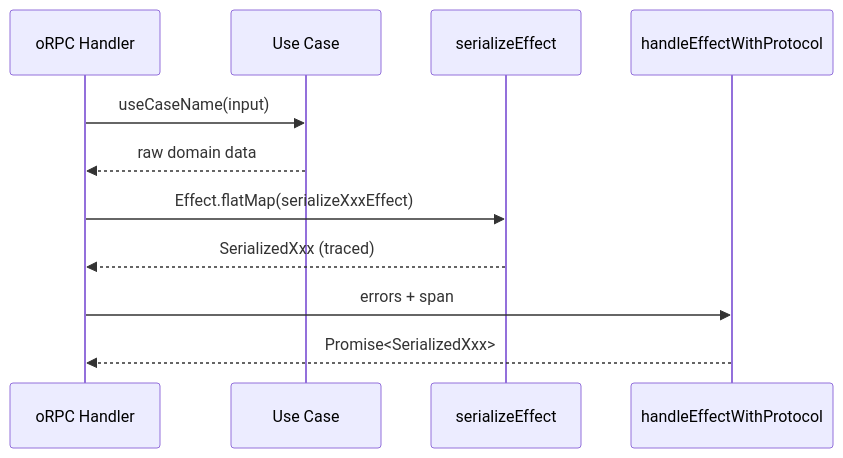
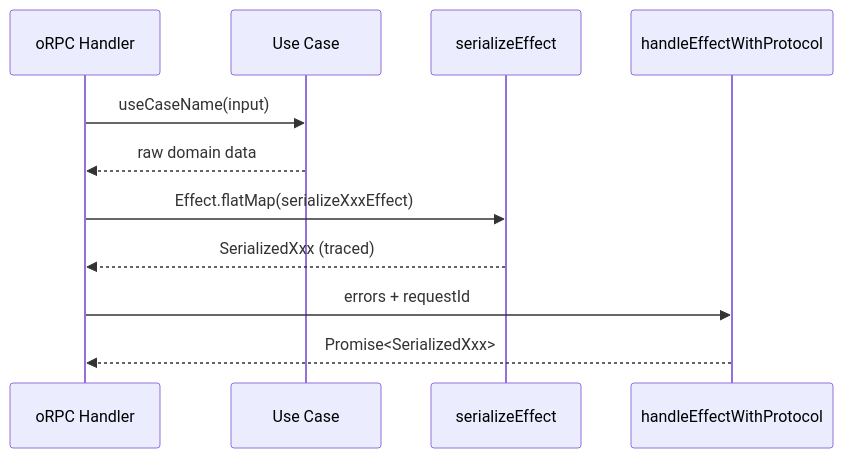
One commit to brandonbryant12/content-studio changed the diagram in docs/patterns/api-handler.md. Above: the diagram before and after it, drawn with Mermaid. The commit also changed other lines of this file and 5 other files, not shown here.

````diff
--- a/docs/patterns/api-handler.md
+++ b/docs/patterns/api-handler.md
@@ -5,14 +5,14 @@
 ```mermaid
 sequenceDiagram
   participant H as oRPC Handler
   participant UC as Use Case
   participant S as serializeEffect
   participant P as handleEffectWithProtocol
 
   H->>UC: useCaseName(input)
   UC-->>H: raw domain data
   H->>S: Effect.flatMap(serializeXxxEffect)
   S-->>H: SerializedXxx (traced)
-  H->>P: errors + span
+  H->>P: errors + requestId
   P-->>H: Promise<SerializedXxx>
 ```
````
